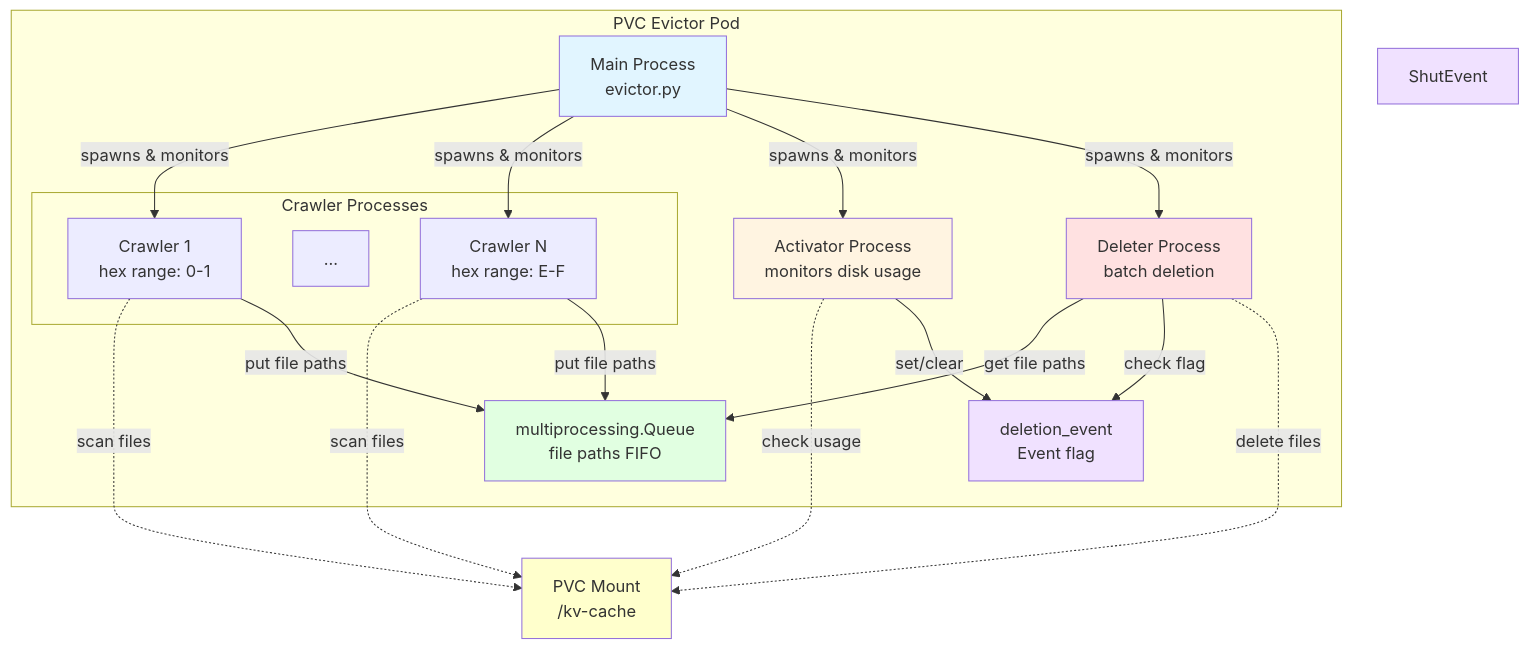
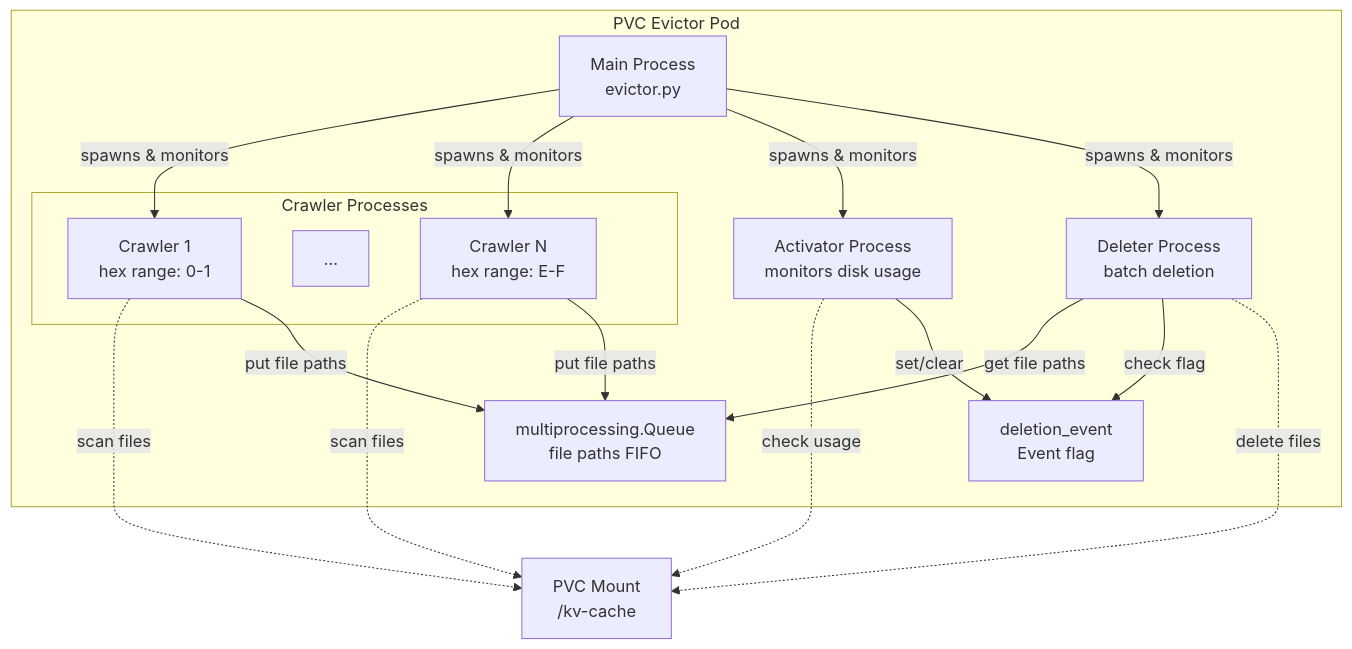
One commit to llm-d/llm-d-kv-cache changed the diagram in kv_connectors/pvc_evictor/README.md. Above: the diagram before and after it, drawn with Mermaid. The commit also changed other lines of this file and 14 other files, not shown here.

````diff
--- a/kv_connectors/pvc_evictor/README.md
+++ b/kv_connectors/pvc_evictor/README.md
@@ -13,47 +27,38 @@
 ```mermaid
 graph TB
     subgraph "PVC Evictor Pod"
         Main[Main Process<br/>evictor.py]
         
         subgraph "Crawler Processes"
             C1[Crawler 1<br/>hex range: 0-1]
             ...
             CN[Crawler N<br/>hex range: E-F]
         end
         
         Act[Activator Process<br/>monitors disk usage]
         Del[Deleter Process<br/>batch deletion]
         
         Queue[multiprocessing.Queue<br/>file paths FIFO]
         DelEvent[deletion_event<br/>Event flag]
     end
     
     PVC[PVC Mount<br/>/kv-cache]
     
     Main -->|spawns & monitors| C1
     Main -->|spawns & monitors| CN
     Main -->|spawns & monitors| Act
     Main -->|spawns & monitors| Del
     
     C1 -..->|scan files| PVC
     CN -..->|scan files| PVC
     
     C1 -->|put file paths| Queue
     CN -->|put file paths| Queue
     
     Act -..->|check usage| PVC
     Act -->|set/clear| DelEvent
     
     Del -->|get file paths| Queue
     Del -->|check flag| DelEvent
     Del -..->|delete files| PVC
-
-    
-    style Main fill:#e1f5ff
-    style Act fill:#fff4e1
-    style Del fill:#ffe1e1
-    style Queue fill:#e1ffe1
-    style DelEvent fill:#f0e1ff
-    style ShutEvent fill:#f0e1ff
-    style PVC fill:#ffffcc
 ```
````
